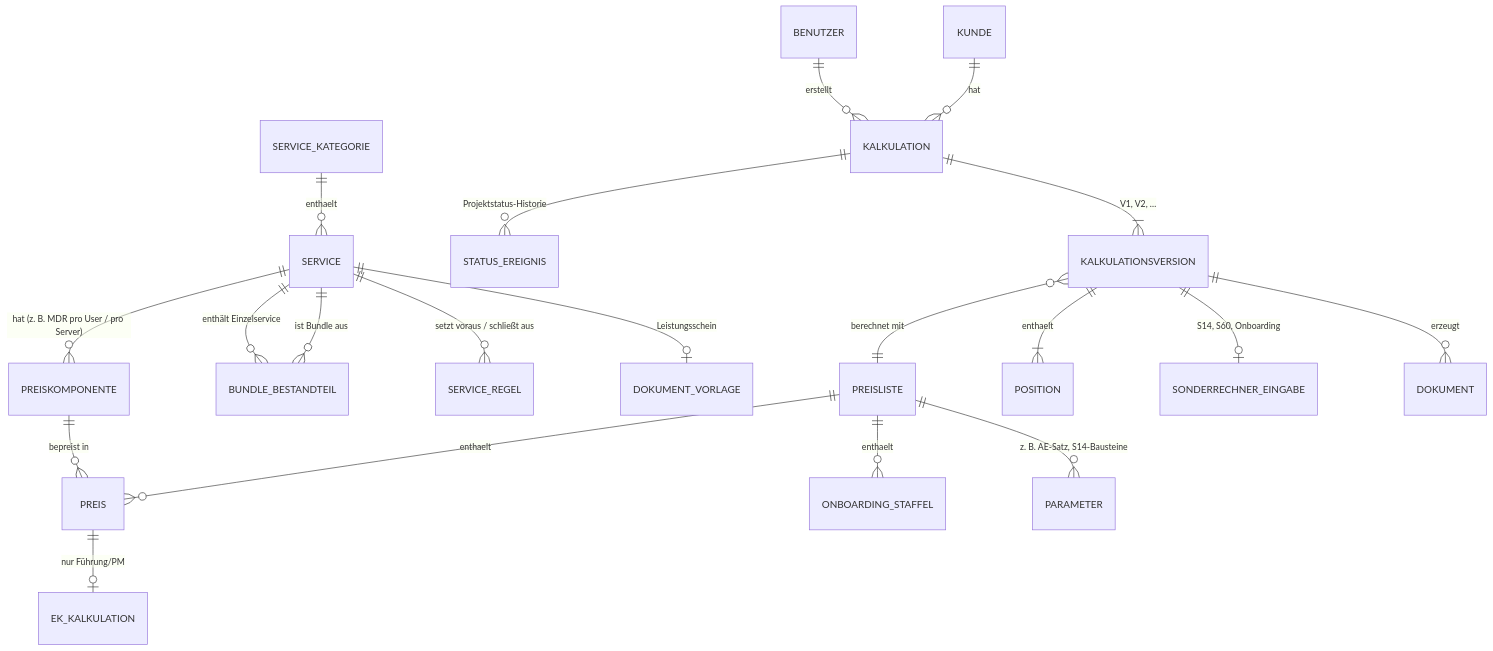
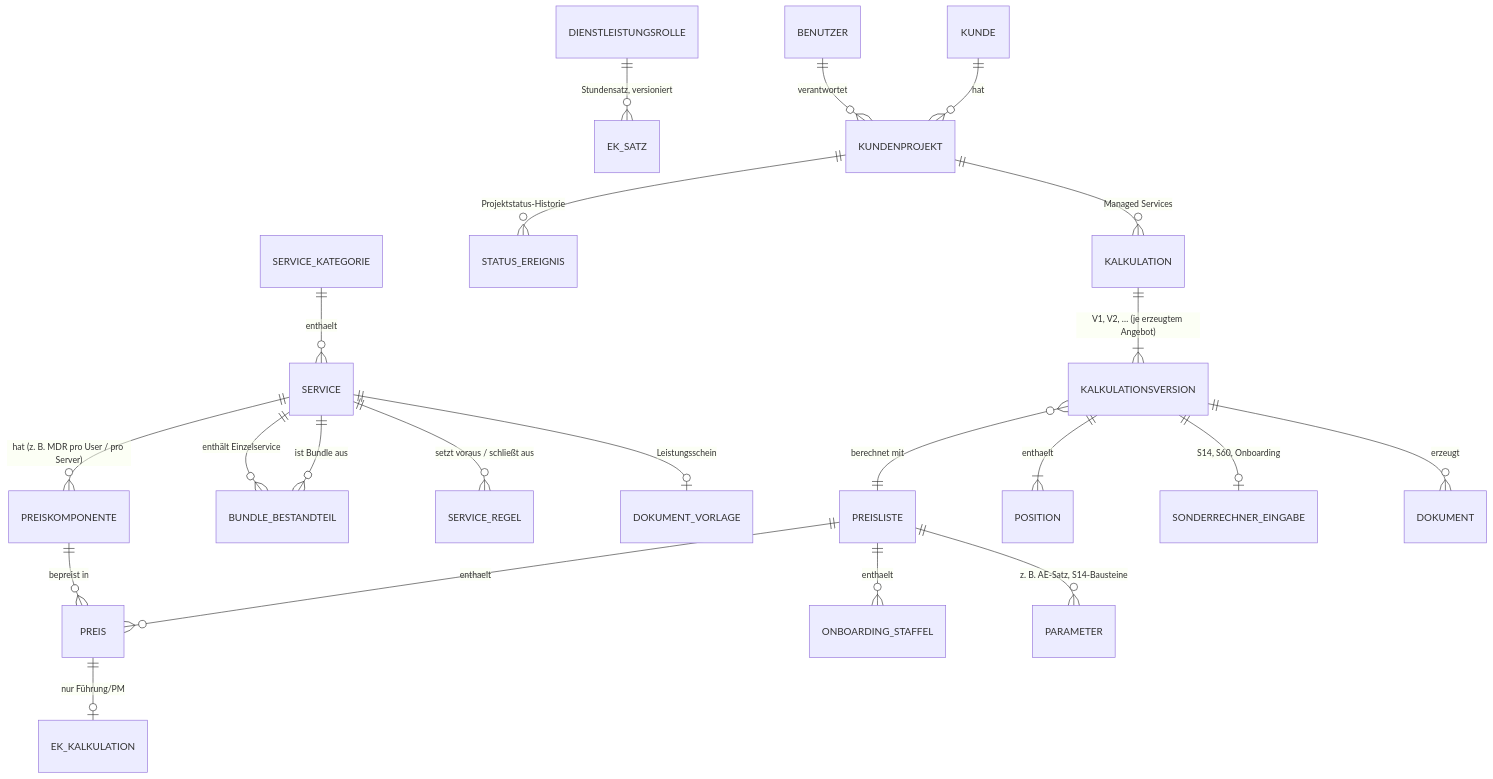
One commit to darntjen/kalkulator_web changed the first of 3 diagrams in docs/03_fachmodell.md. Above: the diagram before and after it, drawn with Mermaid. The commit also changed other lines of this file and 6 other files, not shown here.

````diff
--- a/docs/03_fachmodell.md
+++ b/docs/03_fachmodell.md
@@ -23,23 +25,25 @@
 ```mermaid
 erDiagram
     SERVICE_KATEGORIE ||--o{ SERVICE : enthaelt
     SERVICE ||--o{ PREISKOMPONENTE : "hat (z. B. MDR pro User / pro Server)"
     SERVICE ||--o{ BUNDLE_BESTANDTEIL : "ist Bundle aus"
     BUNDLE_BESTANDTEIL }o--|| SERVICE : "enthält Einzelservice"
     SERVICE ||--o{ SERVICE_REGEL : "setzt voraus / schließt aus"
     SERVICE ||--o| DOKUMENT_VORLAGE : "Leistungsschein"
     PREISLISTE ||--o{ PREIS : enthaelt
     PREISKOMPONENTE ||--o{ PREIS : "bepreist in"
     PREISLISTE ||--o{ ONBOARDING_STAFFEL : enthaelt
     PREISLISTE ||--o{ PARAMETER : "z. B. AE-Satz, S14-Bausteine"
     PREIS ||--o| EK_KALKULATION : "nur Führung/PM"
+    DIENSTLEISTUNGSROLLE ||--o{ EK_SATZ : "Stundensatz, versioniert"
 
-    KUNDE ||--o{ KALKULATION : hat
-    BENUTZER ||--o{ KALKULATION : erstellt
-    KALKULATION ||--o{ STATUS_EREIGNIS : "Projektstatus-Historie"
-    KALKULATION ||--|{ KALKULATIONSVERSION : "V1, V2, …"
+    KUNDE ||--o{ KUNDENPROJEKT : hat
+    BENUTZER ||--o{ KUNDENPROJEKT : verantwortet
+    KUNDENPROJEKT ||--o{ STATUS_EREIGNIS : "Projektstatus-Historie"
+    KUNDENPROJEKT ||--o{ KALKULATION : "Managed Services"
+    KALKULATION ||--|{ KALKULATIONSVERSION : "V1, V2, … (je erzeugtem Angebot)"
     KALKULATIONSVERSION }o--|| PREISLISTE : "berechnet mit"
     KALKULATIONSVERSION ||--|{ POSITION : enthaelt
     KALKULATIONSVERSION ||--o| SONDERRECHNER_EINGABE : "S14, S60, Onboarding"
     KALKULATIONSVERSION ||--o{ DOKUMENT : erzeugt
 ```
````
